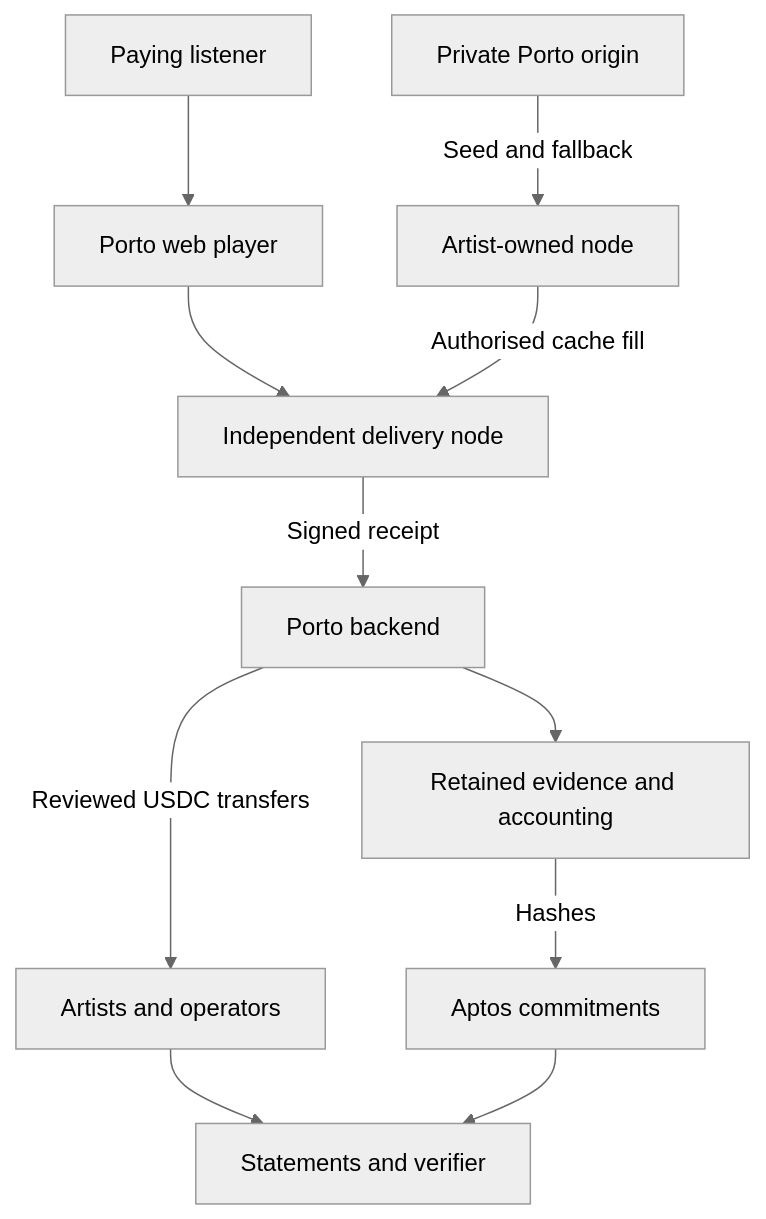
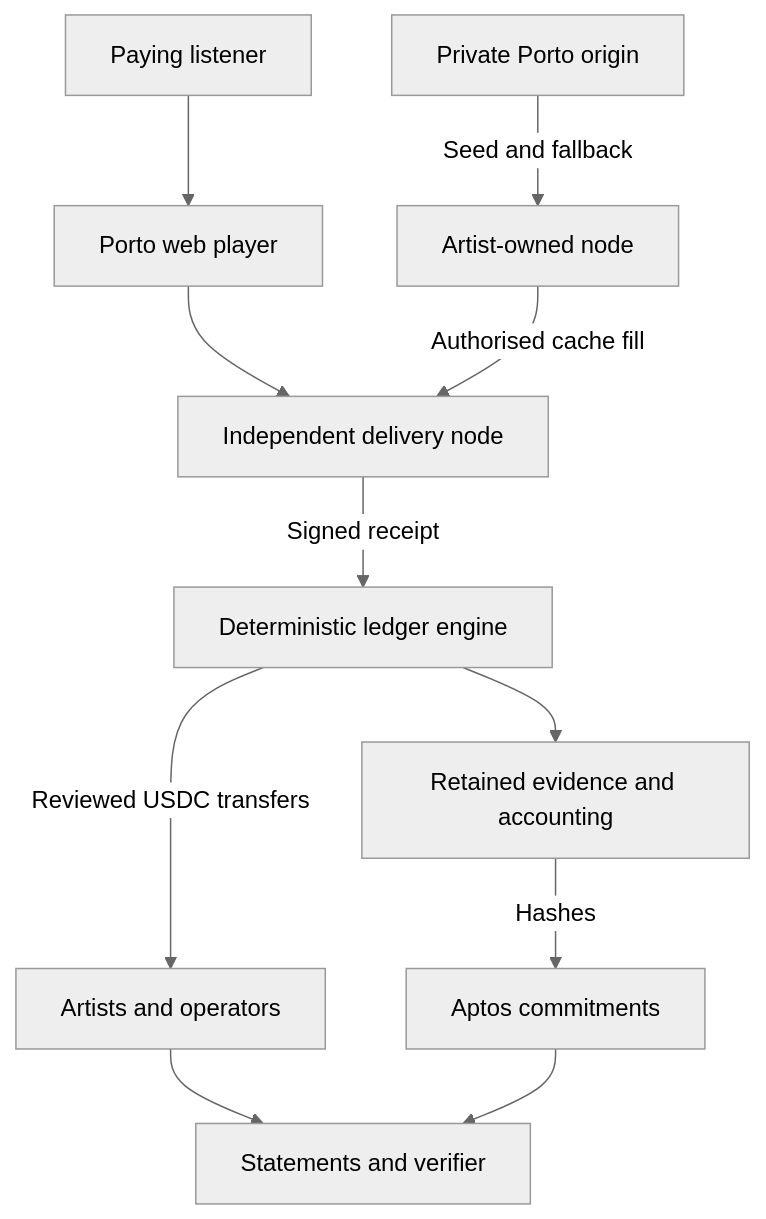
The diagram in london-0.1.0/01-executive-architecture.md (porto-labs-xyz/docs), drawn with Mermaid (neutral theme) before and after one commit. The commit also changed other lines of this file and 24 other files, not shown here.

Commit message:
Make deterministic RocksDB ledger London's first implementation priority

````diff
--- a/london-0.1.0/01-executive-architecture.md
+++ b/london-0.1.0/01-executive-architecture.md
@@ -15,13 +19,13 @@
 ```mermaid
 flowchart TB
   L[Paying listener] --> P[Porto web player]
   P --> N[Independent delivery node]
   A[Artist-owned node] -->|Authorised cache fill| N
   O[Private Porto origin] -->|Seed and fallback| A
-  N -->|Signed receipt| B[Porto backend]
+  N -->|Signed receipt| B[Deterministic ledger engine]
   B --> E[Retained evidence and accounting]
   E -->|Hashes| C[Aptos commitments]
   B -->|Reviewed USDC transfers| R[Artists and operators]
   R --> V[Statements and verifier]
   C --> V
 ```
````
